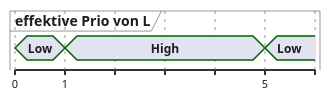
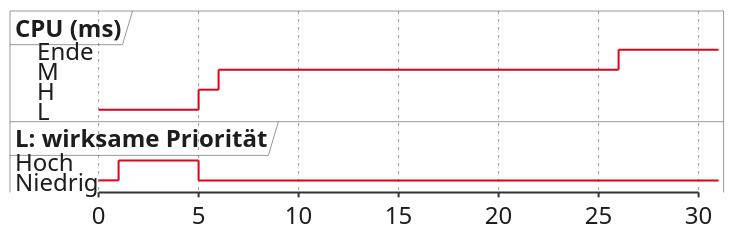
The sixth of 6 diagrams in vorlesungen/04_synchronisation-ressourcen.qmd (dantschi/echtzeitsysteme), drawn with PlantUML before and after one commit. The commit also changed other lines of this file and 4 other files, not shown here.

````diff
--- a/vorlesungen/04_synchronisation-ressourcen.qmd
+++ b/vorlesungen/04_synchronisation-ressourcen.qmd
@@ -1008,21 +963,48 @@
 ```{.plantuml}
 @startuml
 skinparam backgroundColor transparent
 skinparam defaultFontName "Inter, sans-serif"
 skinparam defaultFontColor #1D1D1F
 skinparam ArrowColor #86868B
+skinparam ArrowFontName SansSerif
+skinparam NoteBackgroundColor #F5F5F7
+skinparam NoteBorderColor #E5E5EA
 skinparam timing {
   BackgroundColor #FFFFFF
   BorderColor #E5E5EA
   LineColor #1D1D1F
   SignalColor #E2001A
 }
-concise "effektive Prio von L" as P
+skinparam defaultFontSize 24
+<style>
+timingDiagram {
+  FontName SansSerif
+  robust {
+    LineColor #E2001A
+    BackgroundColor #FFFFFF
+    FontColor #1D1D1F
+  }
+  concise {
+    LineColor #86868B
+    BackgroundColor #FFFFFF
+    FontColor #1D1D1F
+  }
+}
+</style>
+scale 5 as 100 pixels
+robust "CPU (ms)" as C
+robust "L: wirksame Priorität" as P
 @0
-P is Low
+C is L
+P is Niedrig
 @1
-P is High
+P is Hoch
 @5
-P is Low
+C is H
+P is Niedrig
+@6
+C is M
+@26
+C is Ende
 @enduml
 ```
````
